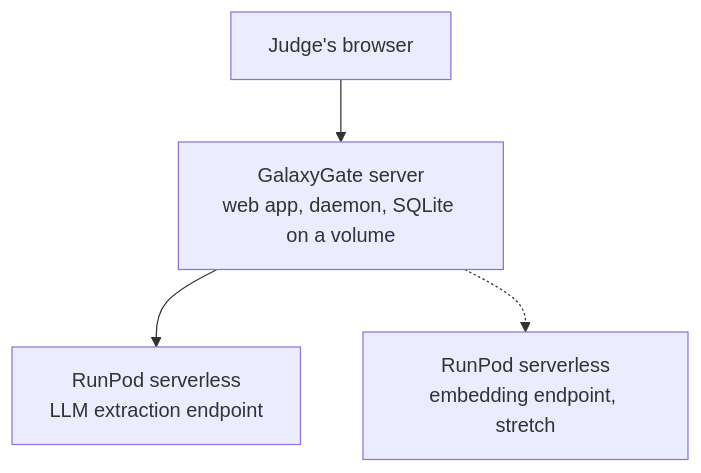
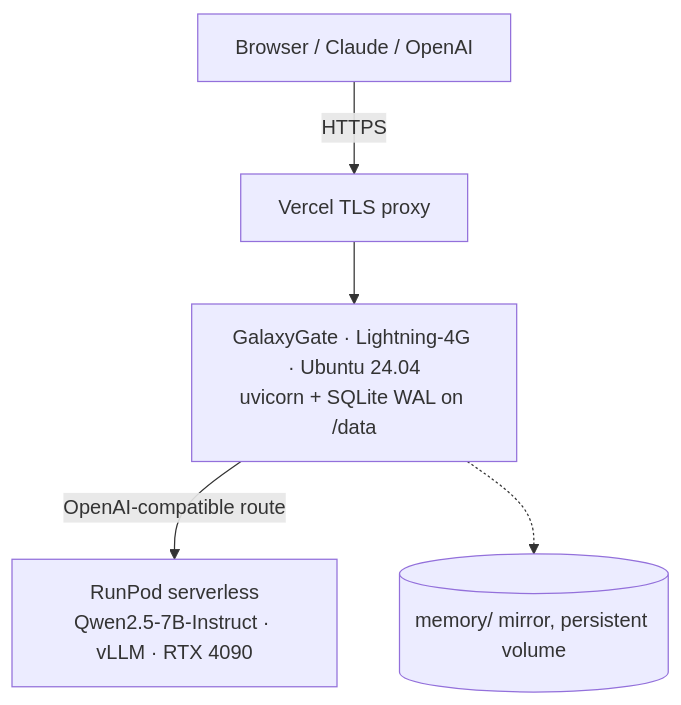
The second of 2 diagrams in README.md (rhkrohan/vault), drawn with Mermaid before and after one commit. The commit also changed other lines of this file, not shown here.

````diff
--- a/README.md
+++ b/README.md
@@ -72,6 +95,7 @@
 ```mermaid
 flowchart TD
-  J[Judge's browser] --> G[GalaxyGate server<br/>web app, daemon, SQLite on a volume]
-  G --> E1[RunPod serverless<br/>LLM extraction endpoint]
-  G -.-> E2[RunPod serverless<br/>embedding endpoint, stretch]
+  B[Browser / Claude / OpenAI] -->|HTTPS| V[Vercel TLS proxy]
+  V --> G[GalaxyGate · Lightning-4G · Ubuntu 24.04<br/>uvicorn + SQLite WAL on /data]
+  G -->|OpenAI-compatible route| E[RunPod serverless<br/>Qwen2.5-7B-Instruct · vLLM · RTX 4090]
+  G -.-> X[(memory/ mirror, persistent volume)]
 ```
````
